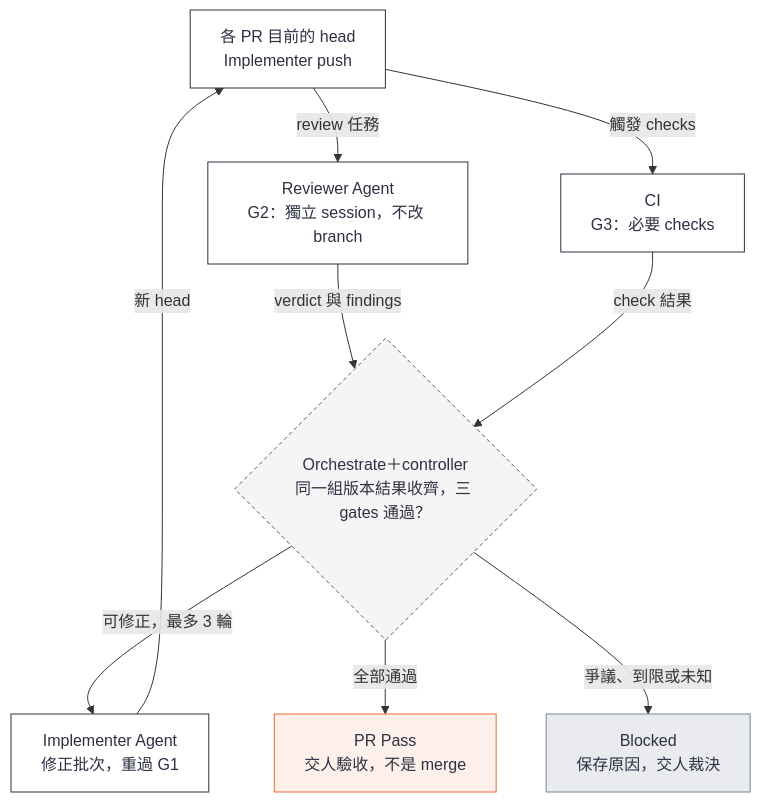
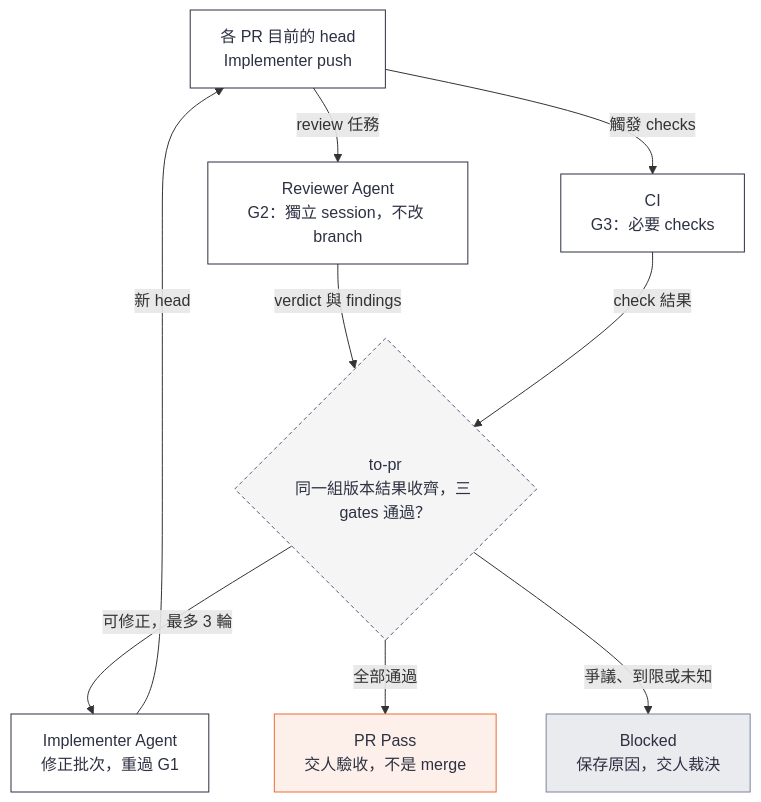
Before and after one commit to ellis429/loop-engineering: the fifth of 5 diagrams in docs/guide/reference.md, drawn with Mermaid. The commit also changed other lines of this file and 6 other files, not shown here.

````diff
--- a/docs/guide/reference.md
+++ b/docs/guide/reference.md
@@ -418,22 +418,22 @@
 ```mermaid
 flowchart TD
     P["各 PR 目前的 head<br/>Implementer push"]:::agent
     R["Reviewer Agent<br/>G2：獨立 session，不改 branch"]:::agent
     T["CI<br/>G3：必要 checks"]:::agent
-    J{"Orchestrate＋controller<br/>同一組版本結果收齊，三 gates 通過？"}:::mech
+    J{"to-pr<br/>同一組版本結果收齊，三 gates 通過？"}:::mech
     X["Implementer Agent<br/>修正批次，重過 G1"]:::agent
     O["PR Pass<br/>交人驗收，不是 merge"]:::gate
     B["Blocked<br/>保存原因，交人裁決"]:::human
     P -->|review 任務| R
     P -->|觸發 checks| T
     R -->|verdict 與 findings| J
     T -->|check 結果| J
     J -->|可修正，最多 3 輪| X
     X -->|新 head| P
     J -->|全部通過| O
     J -->|爭議、到限或未知| B
     classDef human fill:#e9ebef,stroke:#7a8399,color:#2d3142
     classDef agent fill:#ffffff,stroke:#2d3142,color:#2d3142
     classDef gate fill:#fdf0ea,stroke:#eb6c36,color:#2d3142
     classDef mech fill:#f5f5f5,stroke:#4f5d75,stroke-dasharray:4 3,color:#2d3142
 ```
````
